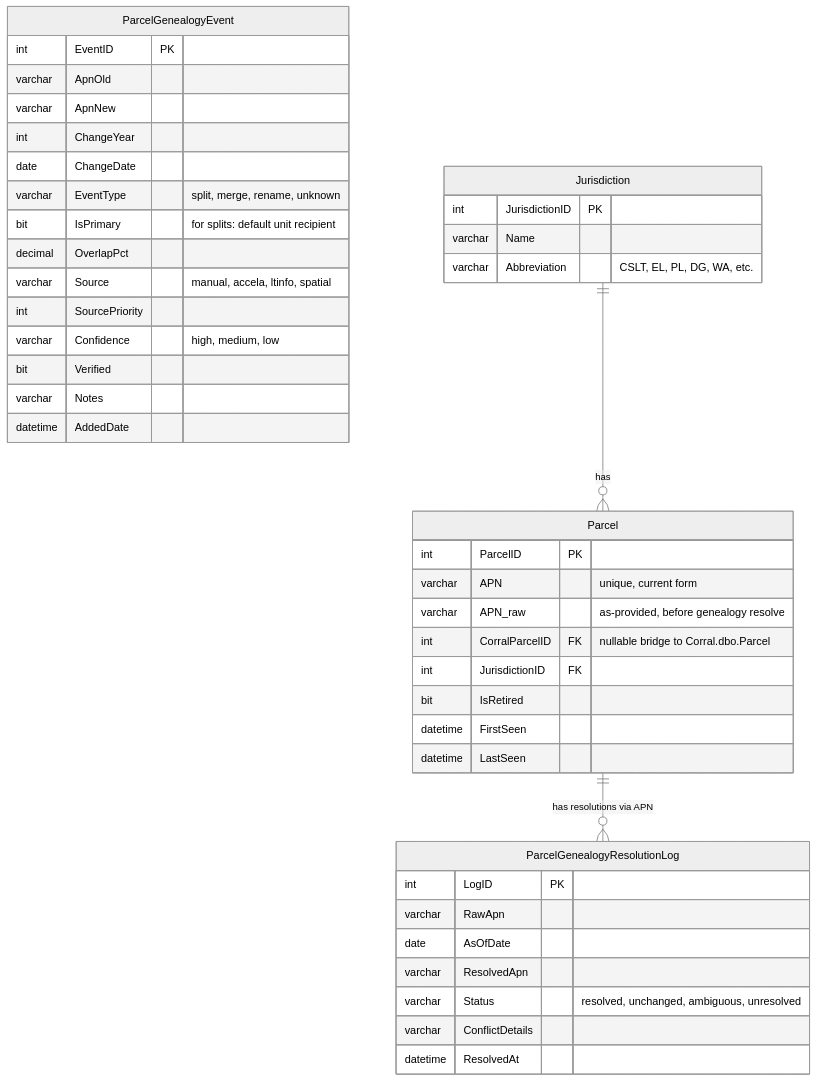
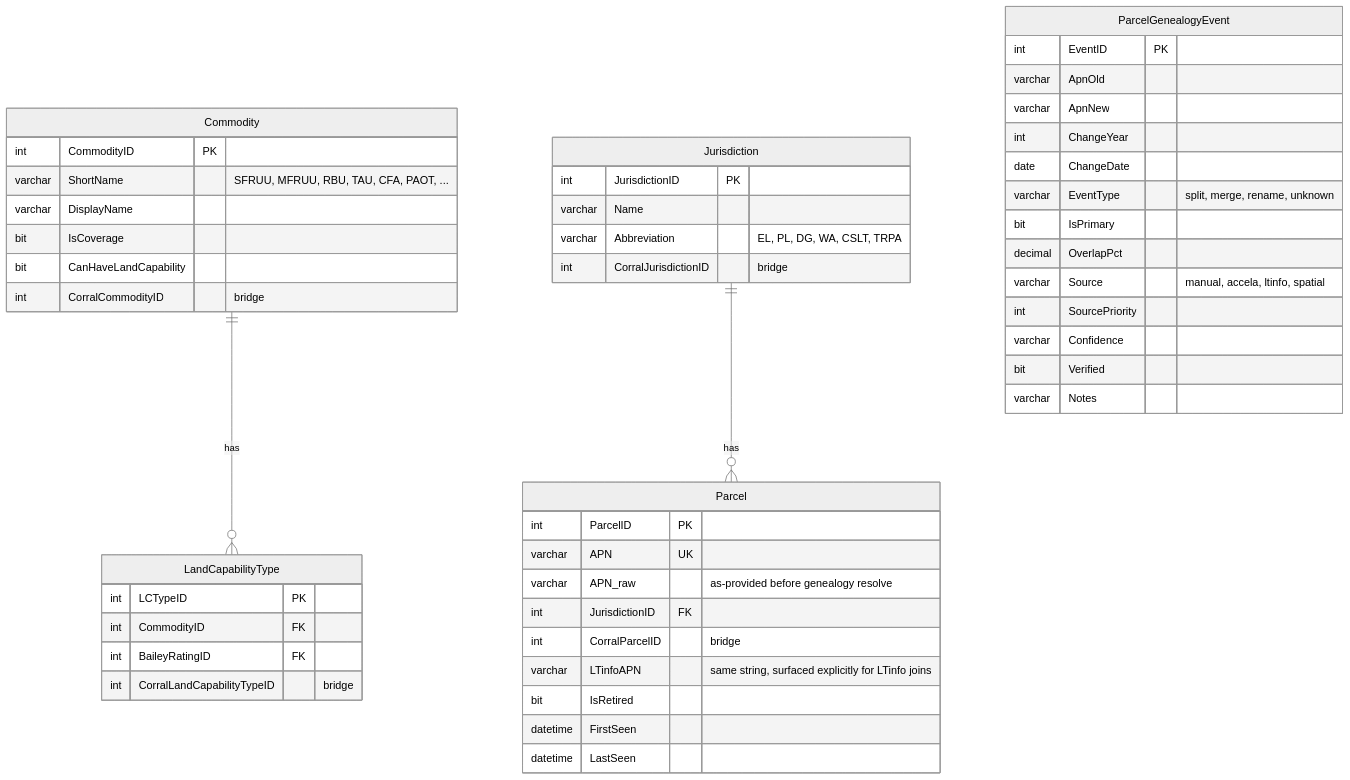
The first of 5 diagrams in erd/target_schema.md (trpa-agency/Reporting), drawn with Mermaid (neutral theme) before and after one commit. The commit also changed other lines of this file, not shown here.

First line of the commit message:
erd: rewrite target_schema around TRPA Cumulative Accounting 5-bucket model

````diff
--- a/erd/target_schema.md
+++ b/erd/target_schema.md
@@ -32,45 +44,51 @@
 ```mermaid
 erDiagram
+    Commodity {
+        int CommodityID PK
+        varchar ShortName "SFRUU, MFRUU, RBU, TAU, CFA, PAOT, ..."
+        varchar DisplayName
+        bit IsCoverage
+        bit CanHaveLandCapability
+        int CorralCommodityID "bridge"
+    }
+    Jurisdiction {
+        int JurisdictionID PK
+        varchar Name
+        varchar Abbreviation "EL, PL, DG, WA, CSLT, TRPA"
+        int CorralJurisdictionID "bridge"
+    }
+    LandCapabilityType {
+        int LCTypeID PK
+        int CommodityID FK
+        int BaileyRatingID FK
+        int CorralLandCapabilityTypeID "bridge"
+    }
     Parcel {
         int ParcelID PK
-        varchar APN "unique, current form"
-        varchar APN_raw "as-provided, before genealogy resolve"
-        int CorralParcelID FK "nullable bridge to Corral.dbo.Parcel"
+        varchar APN UK
+        varchar APN_raw "as-provided before genealogy resolve"
         int JurisdictionID FK
+        int CorralParcelID "bridge"
+        varchar LTinfoAPN "same string, surfaced explicitly for LTinfo joins"
         bit IsRetired
         datetime FirstSeen
         datetime LastSeen
     }
     ParcelGenealogyEvent {
         int EventID PK
         varchar ApnOld
         varchar ApnNew
         int ChangeYear
         date ChangeDate
         varchar EventType "split, merge, rename, unknown"
-        bit IsPrimary "for splits: default unit recipient"
+        bit IsPrimary
         decimal OverlapPct
         varchar Source "manual, accela, ltinfo, spatial"
         int SourcePriority
-        varchar Confidence "high, medium, low"
+        varchar Confidence
         bit Verified
         varchar Notes
-        datetime AddedDate
     }
-    ParcelGenealogyResolutionLog {
-        int LogID PK
-        varchar RawApn
-        date AsOfDate
-        varchar ResolvedApn
-        varchar Status "resolved, unchanged, ambiguous, unresolved"
-        varchar ConflictDetails
-        datetime ResolvedAt
-    }
-    Jurisdiction {
-        int JurisdictionID PK
-        varchar Name
-        varchar Abbreviation "CSLT, EL, PL, DG, WA, etc."
-    }
-    Parcel ||--o{ ParcelGenealogyResolutionLog : "has resolutions via APN"
-    Jurisdiction ||--o{ Parcel : "has"
+    Commodity           ||--o{ LandCapabilityType : "has"
+    Jurisdiction        ||--o{ Parcel : "has"
 ```
````
